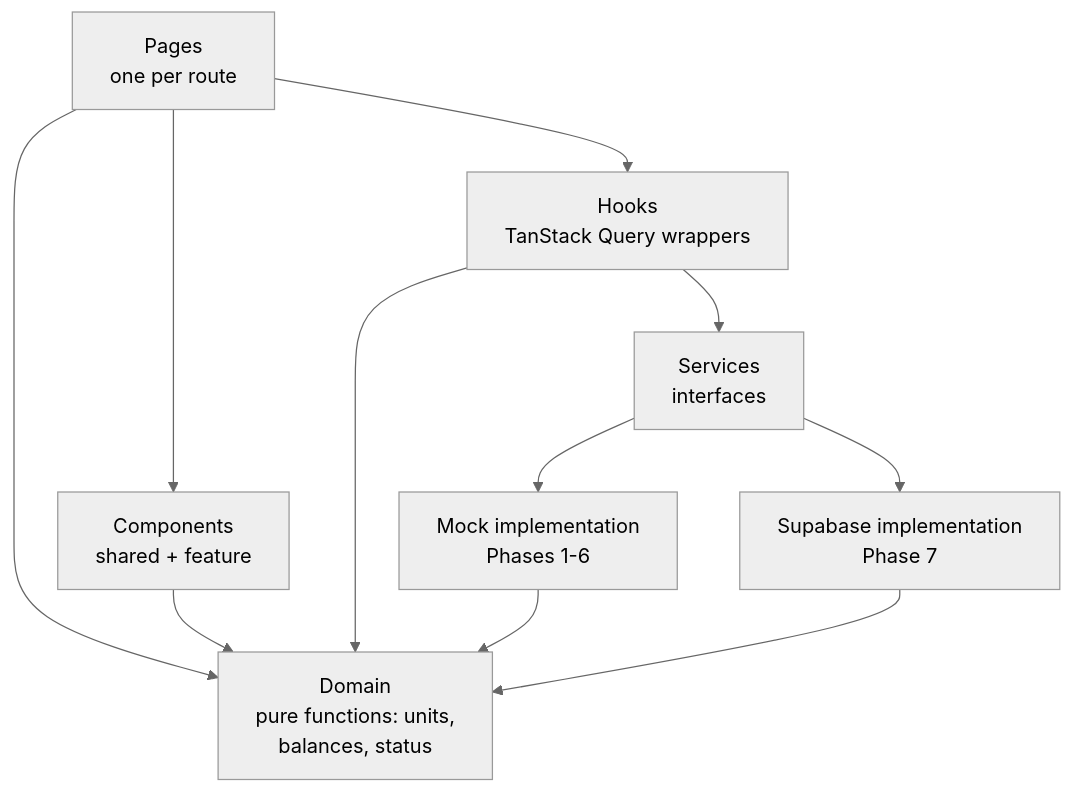
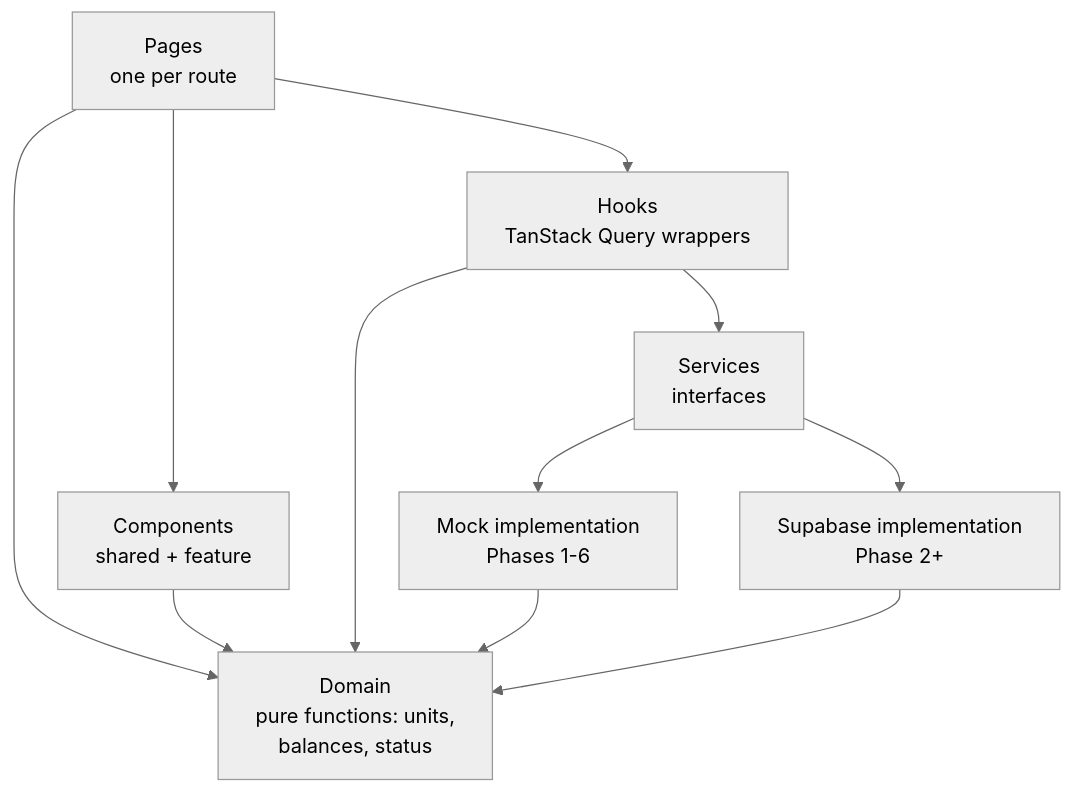
Before and after one commit to Ndukwopeace/Tally-up: the second of 3 diagrams in docs/ARCHITECTURE.md, drawn with Mermaid (neutral theme). The commit also changed other lines of this file and 3 other files, not shown here.

First line of the commit message:
Record early deploy, Supabase in Phase 2, navigation, DIS- prefix, profile decisions

````diff
--- a/docs/ARCHITECTURE.md
+++ b/docs/ARCHITECTURE.md
@@ -87,10 +96,10 @@
 ```mermaid
 flowchart TB
   P[Pages<br/>one per route] --> C[Components<br/>shared + feature]
   P --> H[Hooks<br/>TanStack Query wrappers]
   H --> S[Services<br/>interfaces]
   S --> MI[Mock implementation<br/>Phases 1-6]
-  S --> SI[Supabase implementation<br/>Phase 7]
+  S --> SI[Supabase implementation<br/>Phase 2+]
   P & C & H --> DOM[Domain<br/>pure functions: units,<br/>balances, status]
   MI & SI --> DOM
 ```
````
